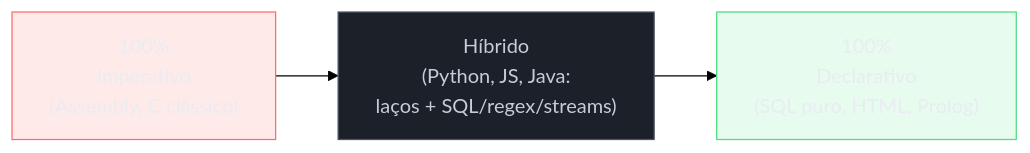
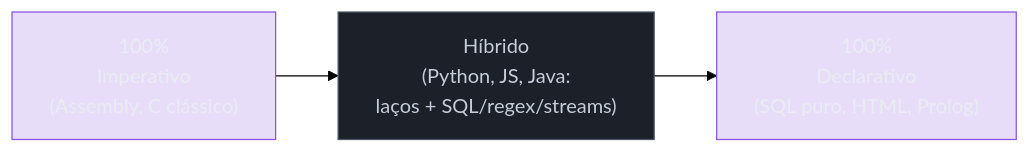
One commit to josenaldo/codex-technomanticus changed the fourth of 4 diagrams in 03-Dominios/Ciência/Paradigmas/04 - O paradigma declarativo.md. Above: the diagram before and after it, drawn with Mermaid (forest theme). The commit also changed other lines of this file and 601 other files, not shown here.

````diff
--- a/03-Dominios/Ciência/Paradigmas/04 - O paradigma declarativo.md
+++ b/03-Dominios/Ciência/Paradigmas/04 - O paradigma declarativo.md
@@ -230,10 +230,9 @@
 ```mermaid
 flowchart LR
-    classDef falha fill:#FF6B6B24,stroke:#FF6B6B,color:#E9ECF2
+    classDef marca fill:#8855DF33,stroke:#8855DF,color:#E9ECF2
     classDef neutro fill:#1B2029,stroke:#4E5666,color:#C6CCD8
-    classDef ok fill:#4ADE8021,stroke:#4ADE80,color:#E9ECF2
     I["100%<br/>Imperativo<br/>(Assembly, C clássico)"] --> M["Híbrido<br/>(Python, JS, Java:<br/>laços + SQL/regex/streams)"] --> D["100%<br/>Declarativo<br/>(SQL puro, HTML, Prolog)"]
-    class I falha
+    class I marca
     class M neutro
-    class D ok
+    class D marca
 ```
````
